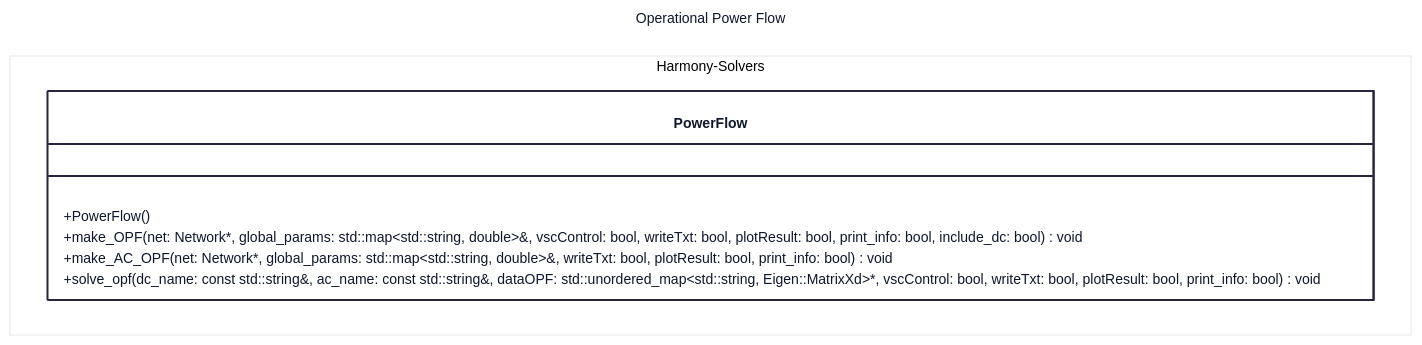
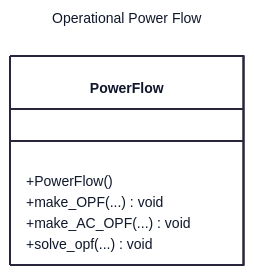
One commit to yiquintero/tmp changed the eighth of 8 diagrams in class_diagram.md. Above: the diagram before and after it, drawn with Mermaid.

Commit message:
Refactor PowerFlow class method signatures
Simplified method signatures in PowerFlow class.

````diff
--- a/class_diagram.md
+++ b/class_diagram.md
@@ -330,25 +330,24 @@
 ```mermaid
 ---
 title: Operational Power Flow
 config:
   theme: redux-color
   themeVariables:
     fontFamily: Segoe UI, -apple-system, BlinkMacSystemFont, sans-serif
     lineColor: "#64748B"
     primaryTextColor: "#0F172A"
   flowchart:
     wrappingWidth: 450
   class:
     hideEmptyMembersBox: true
     padding: 16
 ---
 classDiagram
-  namespace Harmony-Solvers {
-    class PowerFlow {
-      +PowerFlow()
-      +make_OPF(net: Network*, global_params: std::map~std::string, double~&, vscControl: bool, writeTxt: bool, plotResult: bool, print_info: bool, include_dc: bool) void
-      +make_AC_OPF(net: Network*, global_params: std::map~std::string, double~&, writeTxt: bool, plotResult: bool, print_info: bool) void
-      +solve_opf(dc_name: const std::string&, ac_name: const std::string&, dataOPF: std::unordered_map~std::string, Eigen::MatrixXd~*, vscControl: bool, writeTxt: bool, plotResult: bool, print_info: bool) void
-    }
+  
+  class PowerFlow {
+    +PowerFlow()
+    +make_OPF(...) void
+    +make_AC_OPF(...) void
+    +solve_opf(...) void
   }
 ```
````
